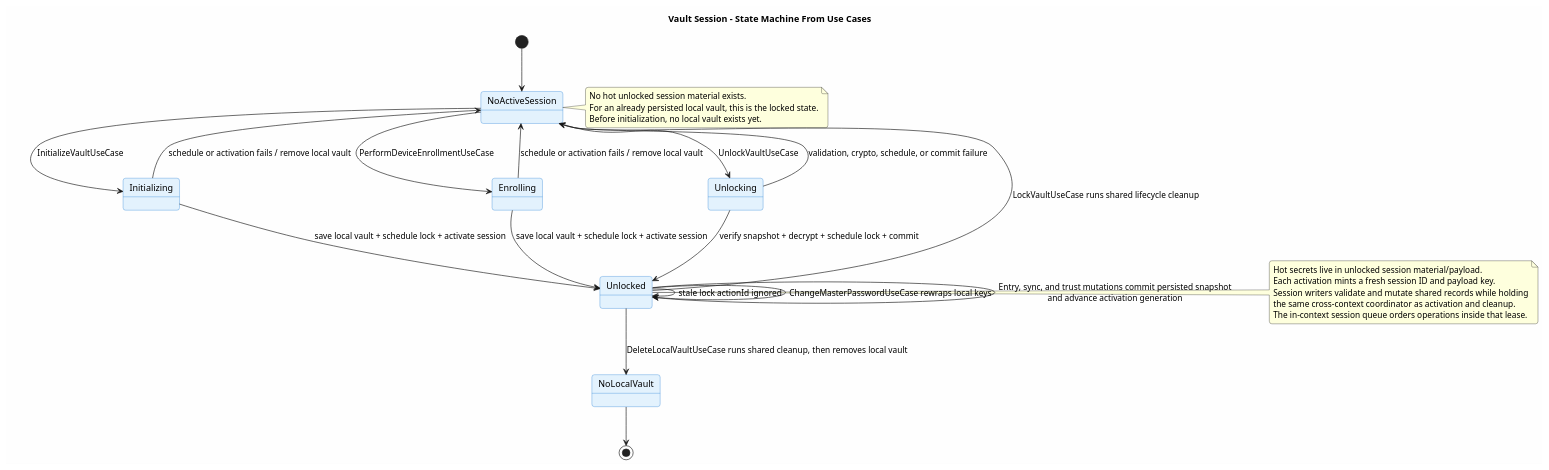
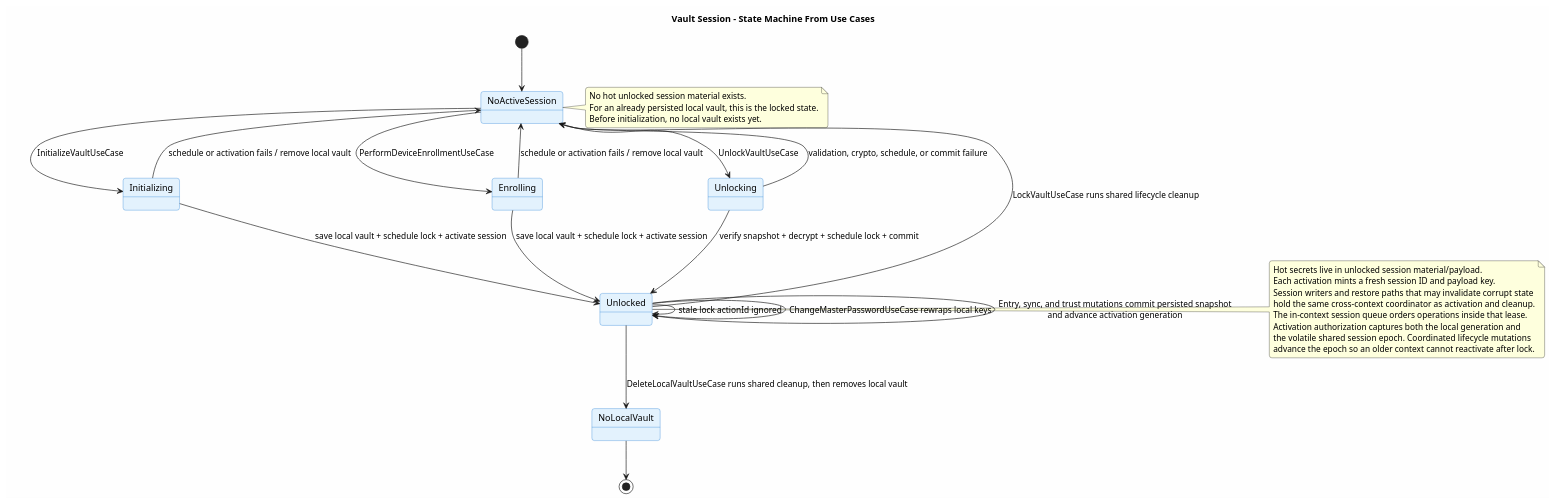
The diagram in docs/v1/use-case/vault-lifecycle/vault-session.state-machine.puml (ArionStudio/engr-serverless-pm), drawn with PlantUML before and after one commit. The commit also changed 26 other files, not shown here.

```diff
--- a/docs/v1/use-case/vault-lifecycle/vault-session.state-machine.puml
+++ b/docs/v1/use-case/vault-lifecycle/vault-session.state-machine.puml
@@ -1,50 +1,53 @@
 @startuml vault-session-state-machine
 title Vault Session - State Machine From Use Cases
 
 skinparam backgroundColor #FEFEFE
 skinparam roundcorner 8
 skinparam shadowing false
 skinparam state {
   BackgroundColor #E3F2FD
   BorderColor #1976D2
 }
 
 state "NoActiveSession" as NoActiveSession
 
 [*] --> NoActiveSession
 
 NoActiveSession --> Initializing : InitializeVaultUseCase
 Initializing --> Unlocked : save local vault + schedule lock + activate session
 Initializing --> NoActiveSession : schedule or activation fails / remove local vault
 
 NoActiveSession --> Enrolling : PerformDeviceEnrollmentUseCase
 Enrolling --> Unlocked : save local vault + schedule lock + activate session
 Enrolling --> NoActiveSession : schedule or activation fails / remove local vault
 
 NoActiveSession --> Unlocking : UnlockVaultUseCase
 Unlocking --> Unlocked : verify snapshot + decrypt + schedule lock + commit
 Unlocking --> NoActiveSession : validation, crypto, schedule, or commit failure
 
 Unlocked --> NoActiveSession : LockVaultUseCase runs shared lifecycle cleanup
 Unlocked --> Unlocked : stale lock actionId ignored
 Unlocked --> NoLocalVault : DeleteLocalVaultUseCase runs shared cleanup, then removes local vault
 Unlocked --> Unlocked : ChangeMasterPasswordUseCase rewraps local keys
 Unlocked --> Unlocked : Entry, sync, and trust mutations commit persisted snapshot\nand advance activation generation
 
 NoLocalVault --> [*]
 
 note right of NoActiveSession
 No hot unlocked session material exists.
 For an already persisted local vault, this is the locked state.
 Before initialization, no local vault exists yet.
 end note
 
 note right of Unlocked
 Hot secrets live in unlocked session material/payload.
 Each activation mints a fresh session ID and payload key.
-Session writers validate and mutate shared records while holding
-the same cross-context coordinator as activation and cleanup.
+Session writers and restore paths that may invalidate corrupt state
+hold the same cross-context coordinator as activation and cleanup.
 The in-context session queue orders operations inside that lease.
+Activation authorization captures both the local generation and
+the volatile shared session epoch. Coordinated lifecycle mutations
+advance the epoch so an older context cannot reactivate after lock.
 end note
 
 @enduml
```
